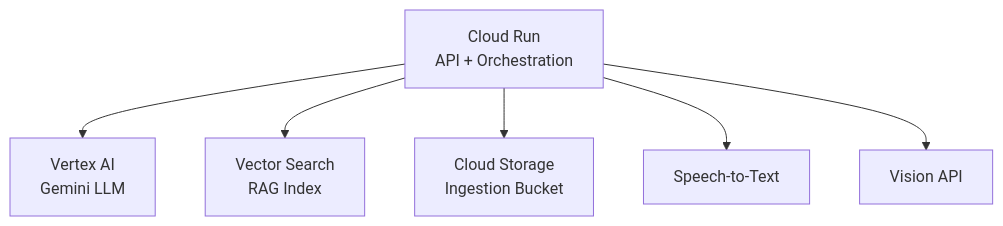
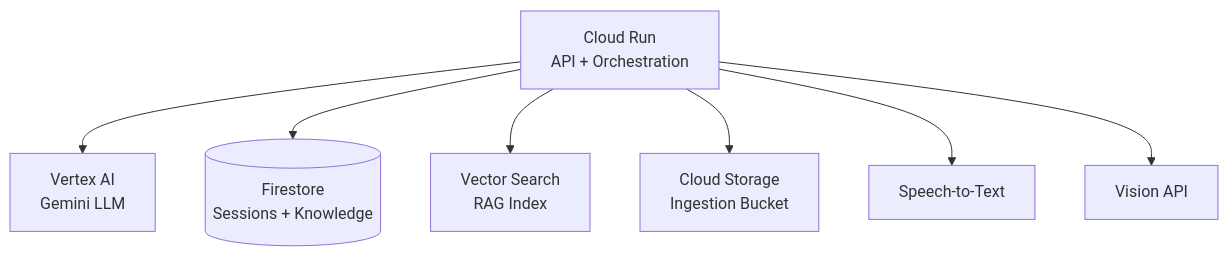
The fourth of 4 diagrams in docs/architecture.md (mulkatz/mycel), drawn with Mermaid before and after one commit. The commit also changed other lines of this file, not shown here.

First line of the commit message:
docs: update architecture with sessions, persistence, and adaptive schema

````diff
--- a/docs/architecture.md
+++ b/docs/architecture.md
@@ -84,8 +179,9 @@
 ```mermaid
 graph TB
     CR[Cloud Run<br/>API + Orchestration] --> VAI[Vertex AI<br/>Gemini LLM]
+    CR --> FS[(Firestore<br/>Sessions + Knowledge)]
     CR --> VS[Vector Search<br/>RAG Index]
     CR --> GCS[Cloud Storage<br/>Ingestion Bucket]
     CR --> STT[Speech-to-Text]
     CR --> VIS[Vision API]
 ```
````
